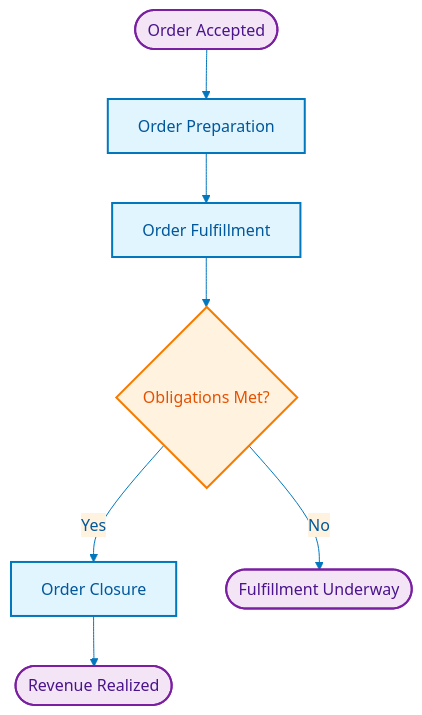
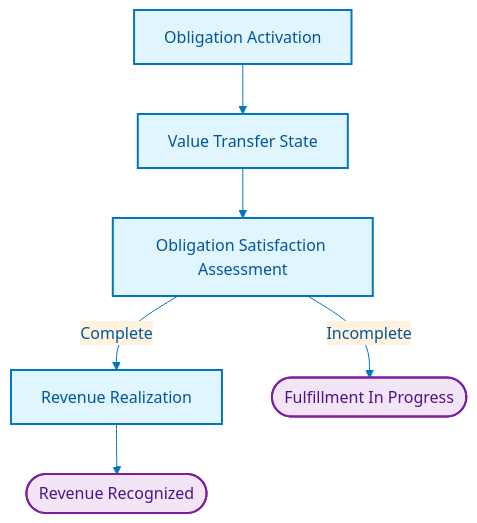
One commit to Evilazaro/Azure-LogicApps-Monitoring changed the fifth of 7 diagrams in docs/architecture/01-business-architecture.md. Above: the diagram before and after it, drawn with Mermaid. The commit also changed other lines of this file, not shown here.

Commit message:
Refactor Business Architecture document: streamline capability definitions, enhance clarity in value streams, and update process flow descriptions

````diff
--- a/docs/architecture/01-business-architecture.md
+++ b/docs/architecture/01-business-architecture.md
@@ -399,28 +377,23 @@
 ```mermaid
 %%{init: {'theme':'base', 'themeVariables': { 'primaryColor':'#e1f5fe','primaryTextColor':'#01579b','primaryBorderColor':'#0277bd','lineColor':'#0277bd','secondaryColor':'#fff3e0','tertiaryColor':'#f3e5f5'}}}%%
 flowchart TB
-    Start([Order Accepted])
+    S1[Obligation Activation]
+    S2[Value Transfer State]
+    S3[Obligation Satisfaction Assessment]
+    S4[Revenue Realization]
 
-    P1[Order Preparation]
-    P2[Order Fulfillment]
-    D1{Obligations Met?}
-    P3[Order Closure]
+    O1([Revenue Recognized])
+    O2([Fulfillment In Progress])
 
-    End1([Revenue Realized])
-    End2([Fulfillment Underway])
+    S1 --> S2
+    S2 --> S3
+    S3 -->|Complete| S4
+    S3 -->|Incomplete| O2
+    S4 --> O1
 
-    Start --> P1
-    P1 --> P2
-    P2 --> D1
-    D1 -->|No| End2
-    D1 -->|Yes| P3
-    P3 --> End1
+    classDef state fill:#e1f5fe,stroke:#0277bd,stroke-width:2px,color:#01579b
+    classDef outcome fill:#f3e5f5,stroke:#7b1fa2,stroke-width:2px,color:#4a148c
 
-    classDef process fill:#e1f5fe,stroke:#0277bd,stroke-width:2px,color:#01579b
-    classDef decision fill:#fff3e0,stroke:#f57c00,stroke-width:2px,color:#e65100
-    classDef terminal fill:#f3e5f5,stroke:#7b1fa2,stroke-width:2px,color:#4a148c
-
-    class P1,P2,P3 process
-    class D1 decision
-    class Start,End1,End2 terminal
+    class S1,S2,S3,S4 state
+    class O1,O2 outcome
 ```
````
